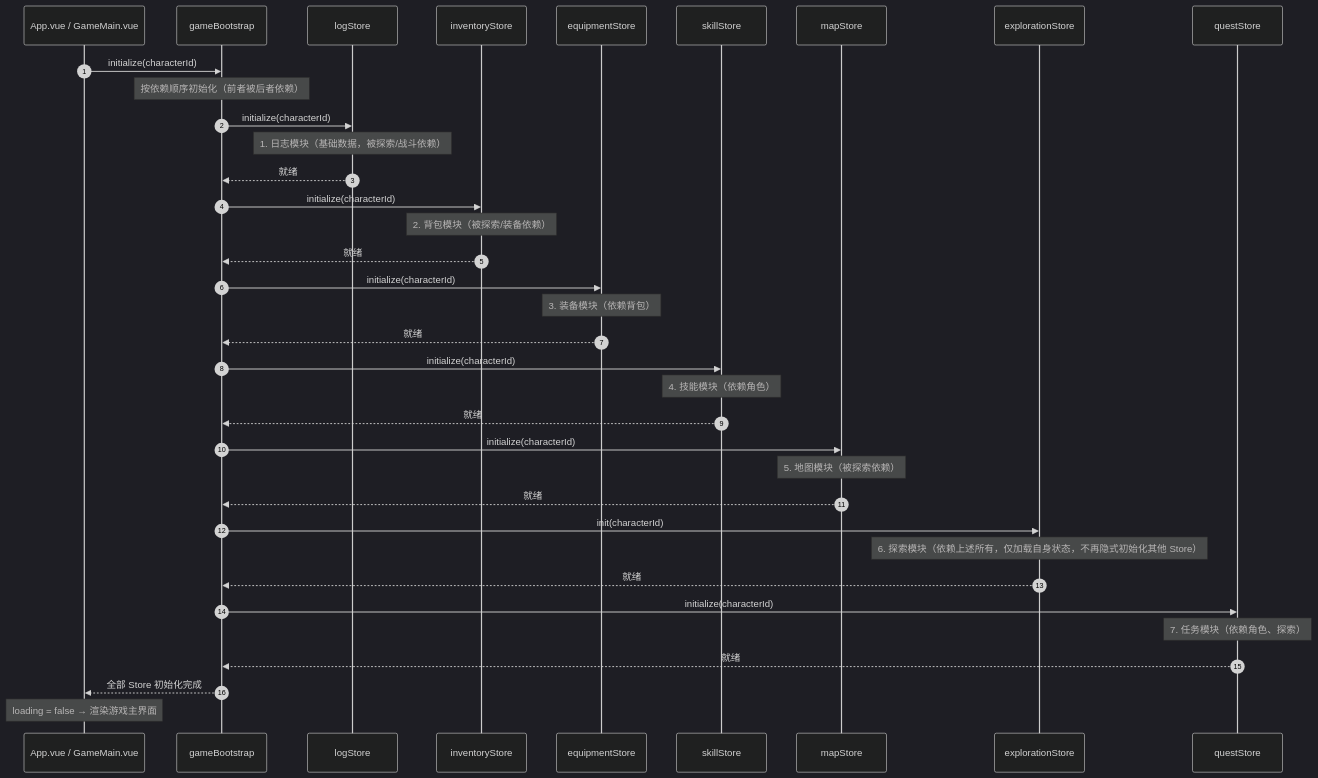
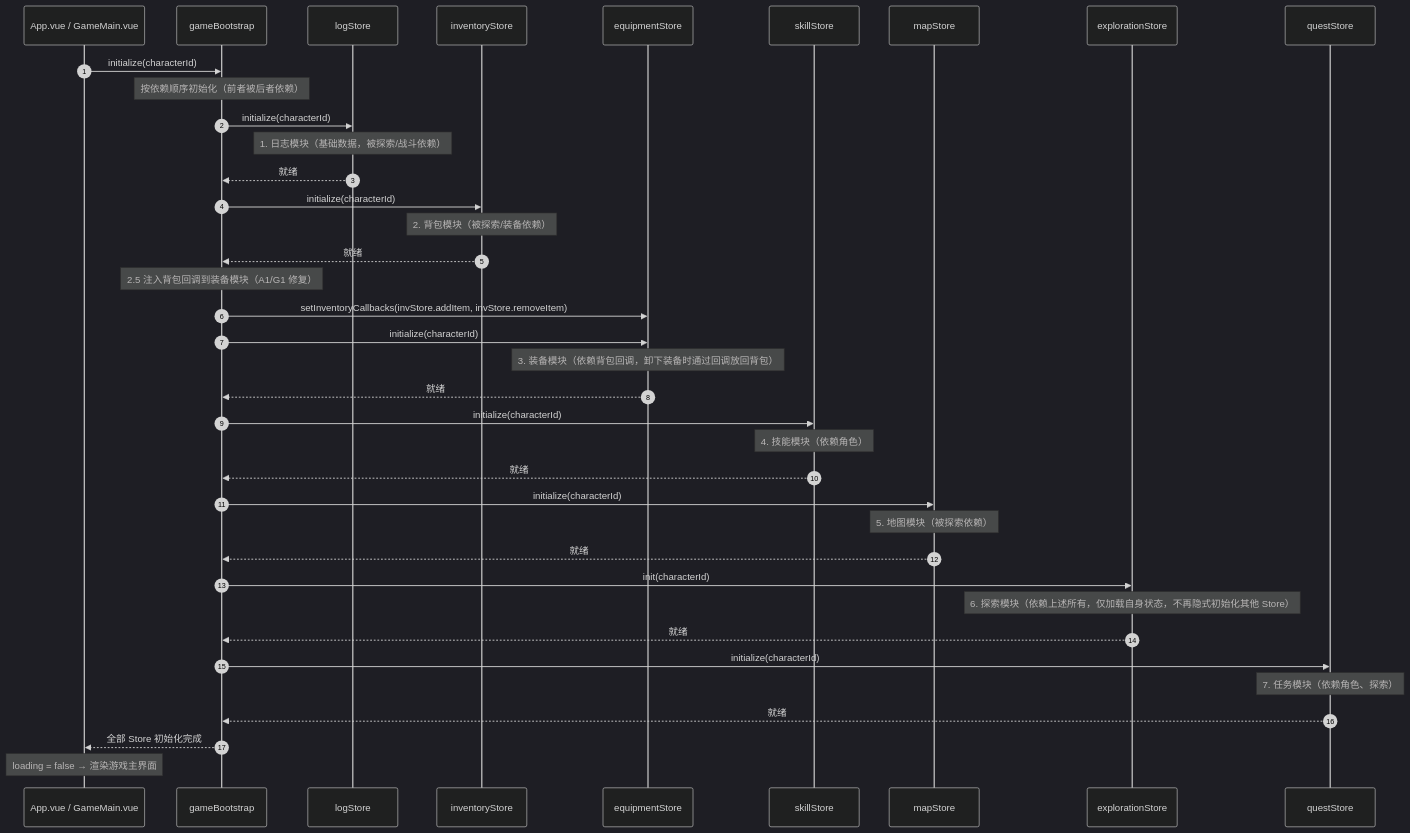
One commit to SonDemigods/wow_dnd changed diagram 12 of 17 in doc/project/BUSINESS_PROCESSES.md. Above: the diagram before and after it, drawn with Mermaid (dark theme). The commit also changed other lines of this file and 4 other files, not shown here.

````diff
--- a/doc/project/BUSINESS_PROCESSES.md
+++ b/doc/project/BUSINESS_PROCESSES.md
@@ -752,47 +746,50 @@
 ```mermaid
 sequenceDiagram
     autonumber
     participant App as App.vue / GameMain.vue
     participant GBS as gameBootstrap
     participant Log as logStore
     participant Inv as inventoryStore
     participant Eq as equipmentStore
     participant Skill as skillStore
     participant Map as mapStore
     participant Exp as explorationStore
     participant Quest as questStore
 
     App->>GBS: initialize(characterId)
     Note over GBS: 按依赖顺序初始化（前者被后者依赖）
 
     GBS->>Log: initialize(characterId)
     Note over Log: 1. 日志模块（基础数据，被探索/战斗依赖）
     Log-->>GBS: 就绪
 
     GBS->>Inv: initialize(characterId)
     Note over Inv: 2. 背包模块（被探索/装备依赖）
     Inv-->>GBS: 就绪
 
+    Note over GBS: 2.5 注入背包回调到装备模块（A1/G1 修复）
+    GBS->>Eq: setInventoryCallbacks(invStore.addItem, invStore.removeItem)
+
     GBS->>Eq: initialize(characterId)
-    Note over Eq: 3. 装备模块（依赖背包）
+    Note over Eq: 3. 装备模块（依赖背包回调，卸下装备时通过回调放回背包）
     Eq-->>GBS: 就绪
 
     GBS->>Skill: initialize(characterId)
     Note over Skill: 4. 技能模块（依赖角色）
     Skill-->>GBS: 就绪
 
     GBS->>Map: initialize(characterId)
     Note over Map: 5. 地图模块（被探索依赖）
     Map-->>GBS: 就绪
 
     GBS->>Exp: init(characterId)
     Note over Exp: 6. 探索模块（依赖上述所有，仅加载自身状态，不再隐式初始化其他 Store）
     Exp-->>GBS: 就绪
 
     GBS->>Quest: initialize(characterId)
     Note over Quest: 7. 任务模块（依赖角色、探索）
     Quest-->>GBS: 就绪
 
     GBS-->>App: 全部 Store 初始化完成
     Note over App: loading = false → 渲染游戏主界面
 ```
````
